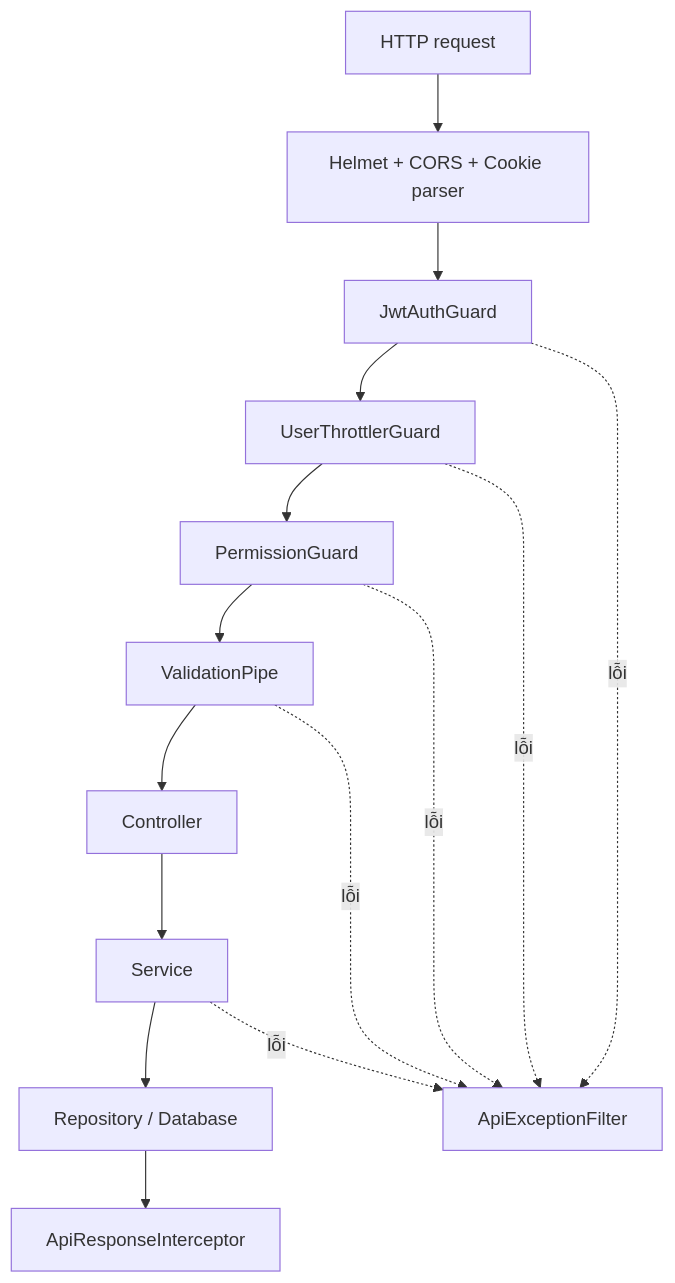
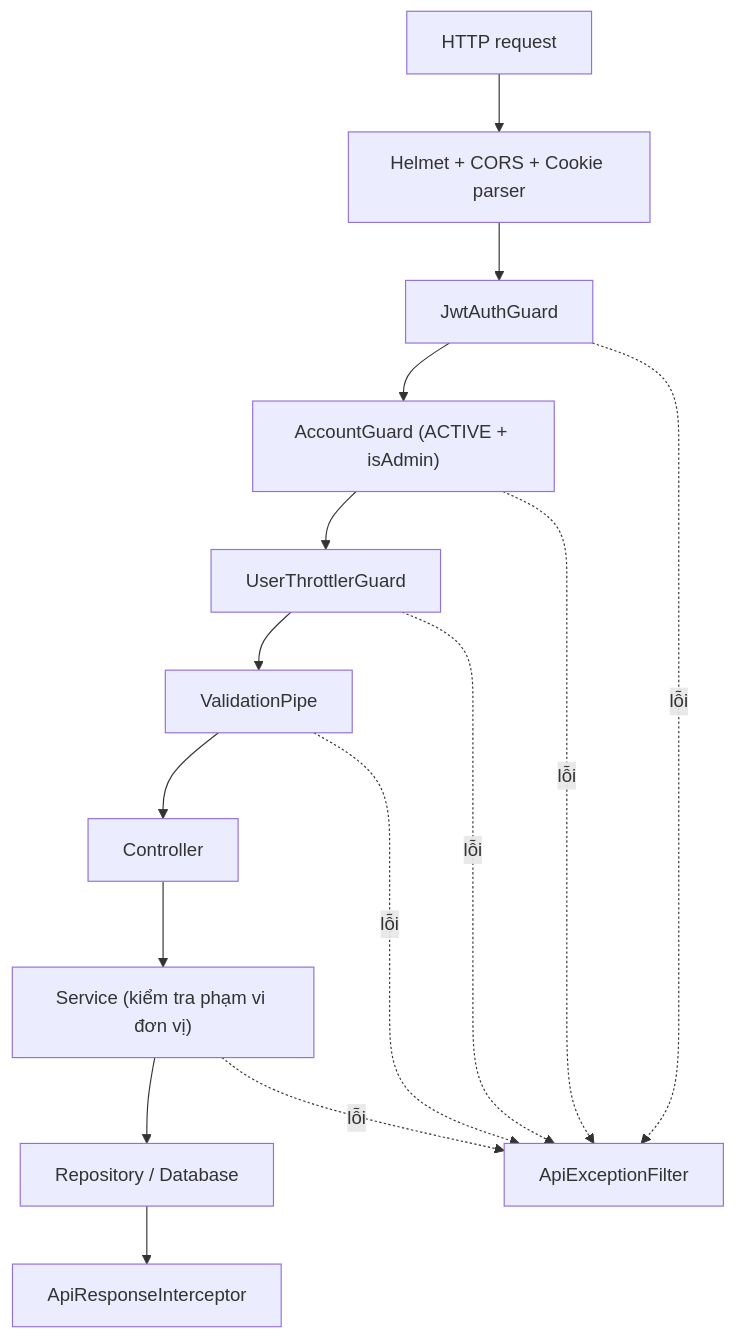
Before and after one commit to tuyennd99/cham-diem-ocop: the fourth of 5 diagrams in docs/backend-architecture.md, drawn with Mermaid. The commit also changed other lines of this file and 8 other files, not shown here.

First line of the commit message:
docs(be): architecture reflects per-task organization assignment

````diff
--- a/docs/backend-architecture.md
+++ b/docs/backend-architecture.md
@@ -181,22 +241,22 @@
 ```mermaid
 flowchart TD
     R["HTTP request"]
     H["Helmet + CORS + Cookie parser"]
     J["JwtAuthGuard"]
+    A["AccountGuard (ACTIVE + isAdmin)"]
     T["UserThrottlerGuard"]
-    P["PermissionGuard"]
     V["ValidationPipe"]
     C["Controller"]
-    S["Service"]
+    S["Service (kiểm tra phạm vi đơn vị)"]
     D["Repository / Database"]
     O["ApiResponseInterceptor"]
     E["ApiExceptionFilter"]
 
-    R --> H --> J --> T --> P --> V --> C --> S --> D
+    R --> H --> J --> A --> T --> V --> C --> S --> D
     D --> O
     J -. lỗi .-> E
+    A -. lỗi .-> E
     T -. lỗi .-> E
-    P -. lỗi .-> E
     V -. lỗi .-> E
     S -. lỗi .-> E
 ```
````
